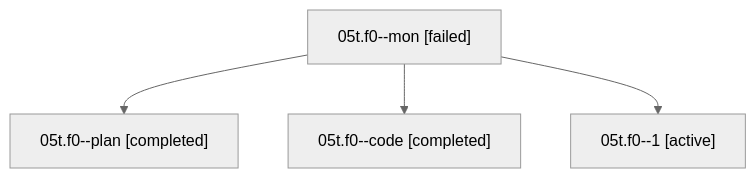
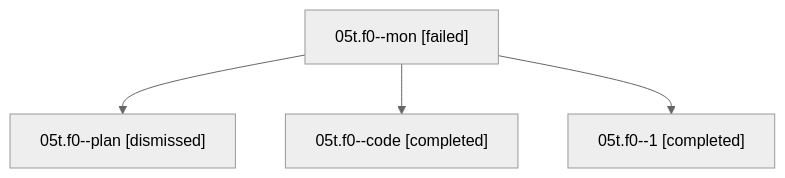
One commit to sase-org/sase--agents changed the diagram in families/bbugyi200.athena.05t.f0.md. Above: the diagram before and after it, drawn with Mermaid (neutral theme). The commit also changed other lines of this file and 530 other files, not shown here.

````diff
--- a/families/bbugyi200.athena.05t.f0.md
+++ b/families/bbugyi200.athena.05t.f0.md
@@ -9,10 +9,10 @@
 ```mermaid
 flowchart TD
   n0["05t.f0--mon [failed]"]
-  n1["05t.f0--plan [completed]"]
+  n1["05t.f0--plan [dismissed]"]
   n0 --> n1
   n2["05t.f0--code [completed]"]
   n0 --> n2
-  n3["05t.f0--1 [active]"]
+  n3["05t.f0--1 [completed]"]
   n0 --> n3
 ```
````
